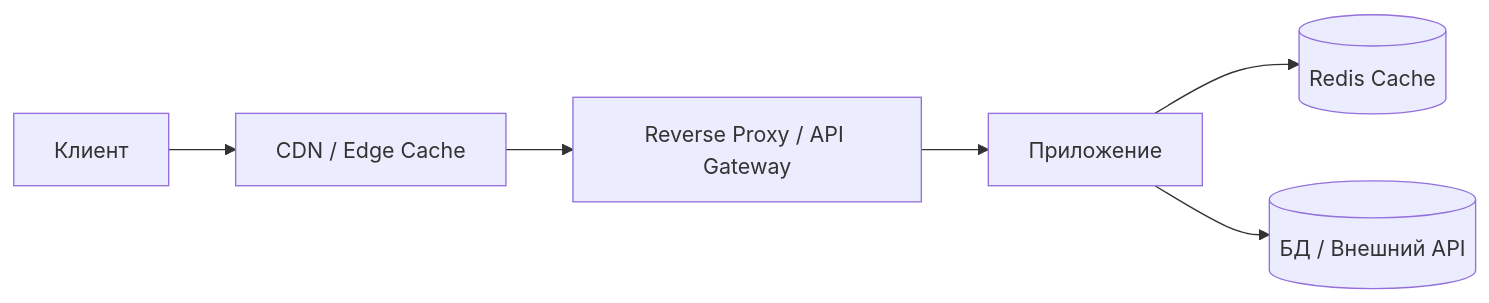
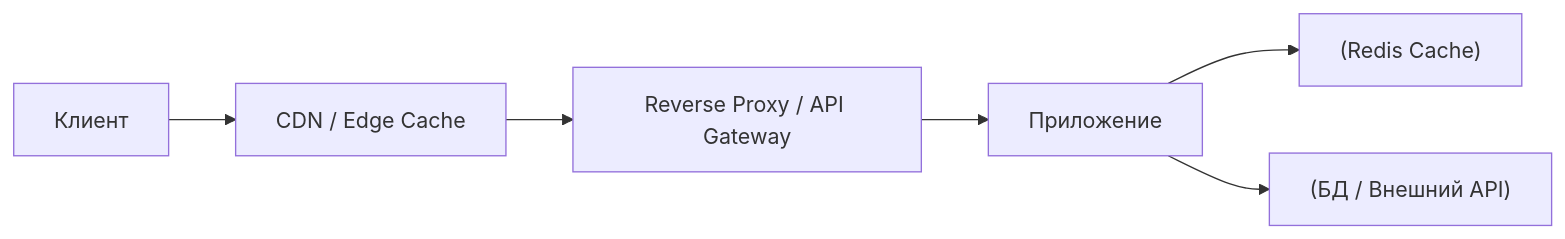
One commit to DDoSKudya/ai-study-atlas changed the first of 3 diagrams in directions/architecture/pact/19_backend_masshtabirovanie_i_ustoychivost_balansirovka_kesh_ocheredi_resilience/02_19_2_kesh_kak_instrument_masshtabirovaniya_ocheredi_i_sglazhivanie_pikov.md. Above: the diagram before and after it, drawn with Mermaid. The commit also changed other lines of this file and 322 other files, not shown here.

Commit message:
fix(docs): make mermaid diagrams GitHub-compatible across directions content

````diff
--- a/directions/architecture/pact/19_backend_masshtabirovanie_i_ustoychivost_balansirovka_kesh_ocheredi_resilience/02_19_2_kesh_kak_instrument_masshtabirovaniya_ocheredi_i_sglazhivanie_pikov.md
+++ b/directions/architecture/pact/19_backend_masshtabirovanie_i_ustoychivost_balansirovka_kesh_ocheredi_resilience/02_19_2_kesh_kak_instrument_masshtabirovaniya_ocheredi_i_sglazhivanie_pikov.md
@@ -49,8 +49,8 @@
 ```mermaid
 flowchart LR
-  Client[Клиент] --> CDN[CDN / Edge Cache]
-  CDN --> Proxy[Reverse Proxy / API Gateway]
-  Proxy --> App[Приложение]
-  App --> Redis[(Redis Cache)]
-  App --> DB[(БД / Внешний API)]
+  Client["Клиент"] --> CDN["CDN / Edge Cache"]
+  CDN --> Proxy["Reverse Proxy / API Gateway"]
+  Proxy --> App["Приложение"]
+  App --> Redis["(Redis Cache)"]
+  App --> DB["(БД / Внешний API)"]
 ```
````
